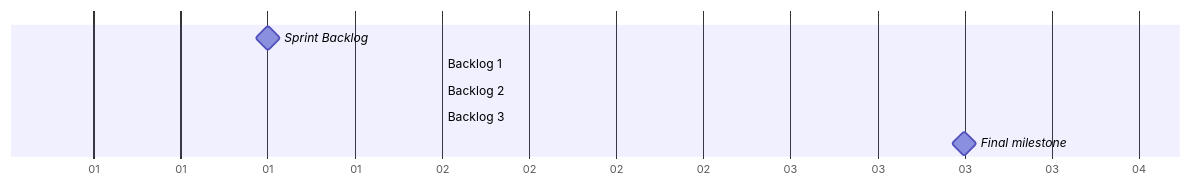
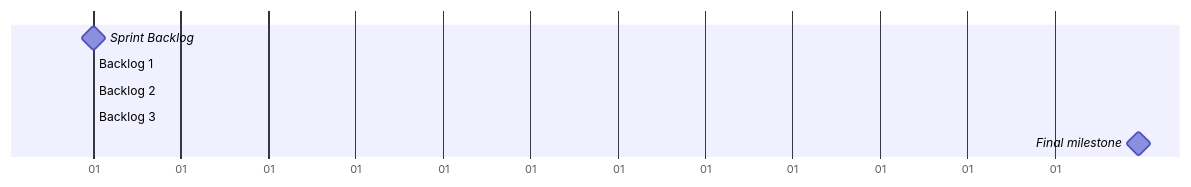
One commit to Iagocds/Projeto-Integrado changed the second of 2 diagrams in sprint.md. Above: the diagram before and after it, drawn with Mermaid.

````diff
--- a/sprint.md
+++ b/sprint.md
@@ -24,10 +24,10 @@
 ```mermaid
 gantt
     dateFormat D
     axisFormat %d
-    Sprint Backlog : milestone, m1, 1, 1d
+    Sprint Backlog : milestone, m1, 0, 1d
     Backlog 1 : 0d
     Backlog 2 : 0d
     Backlog 3 : 0d
     Final milestone : milestone, m2, 3, 1d
 ```
````
